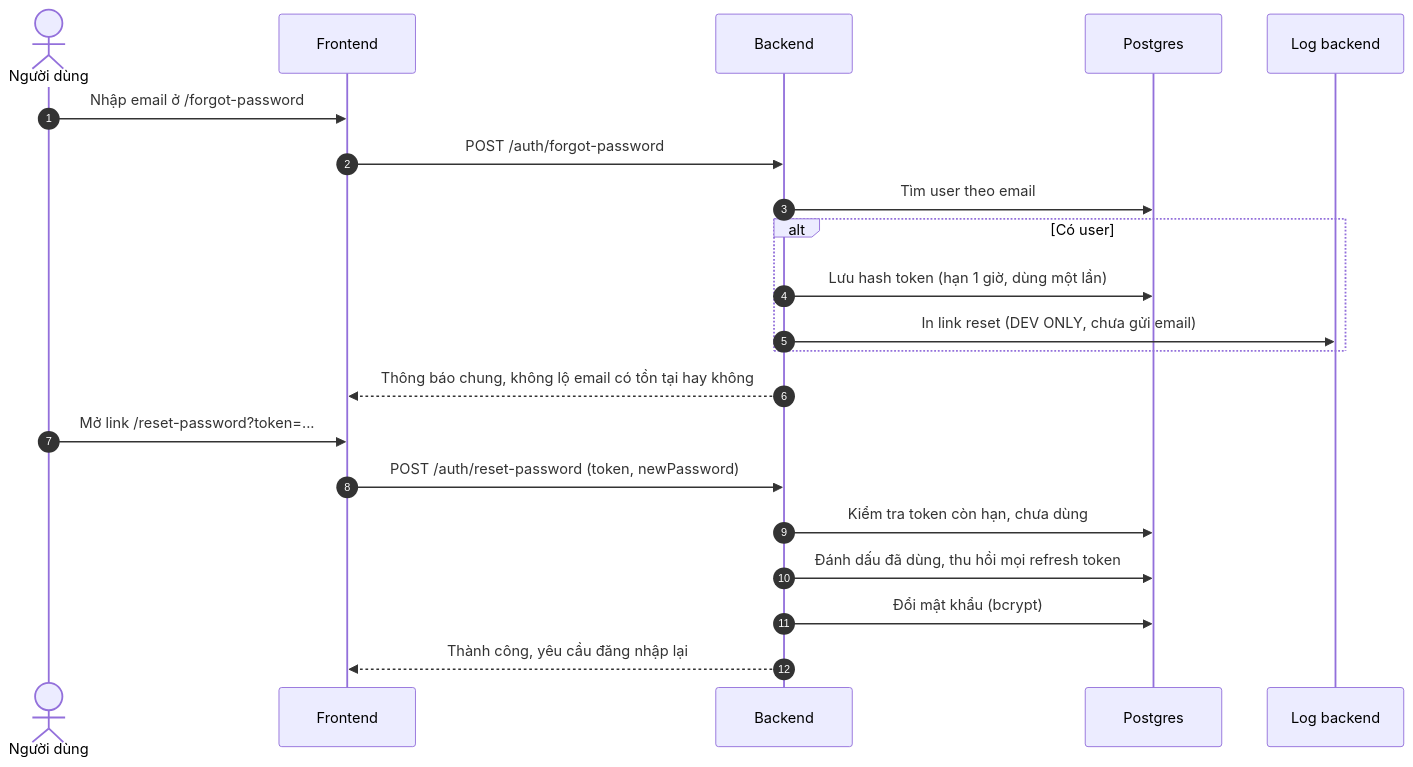
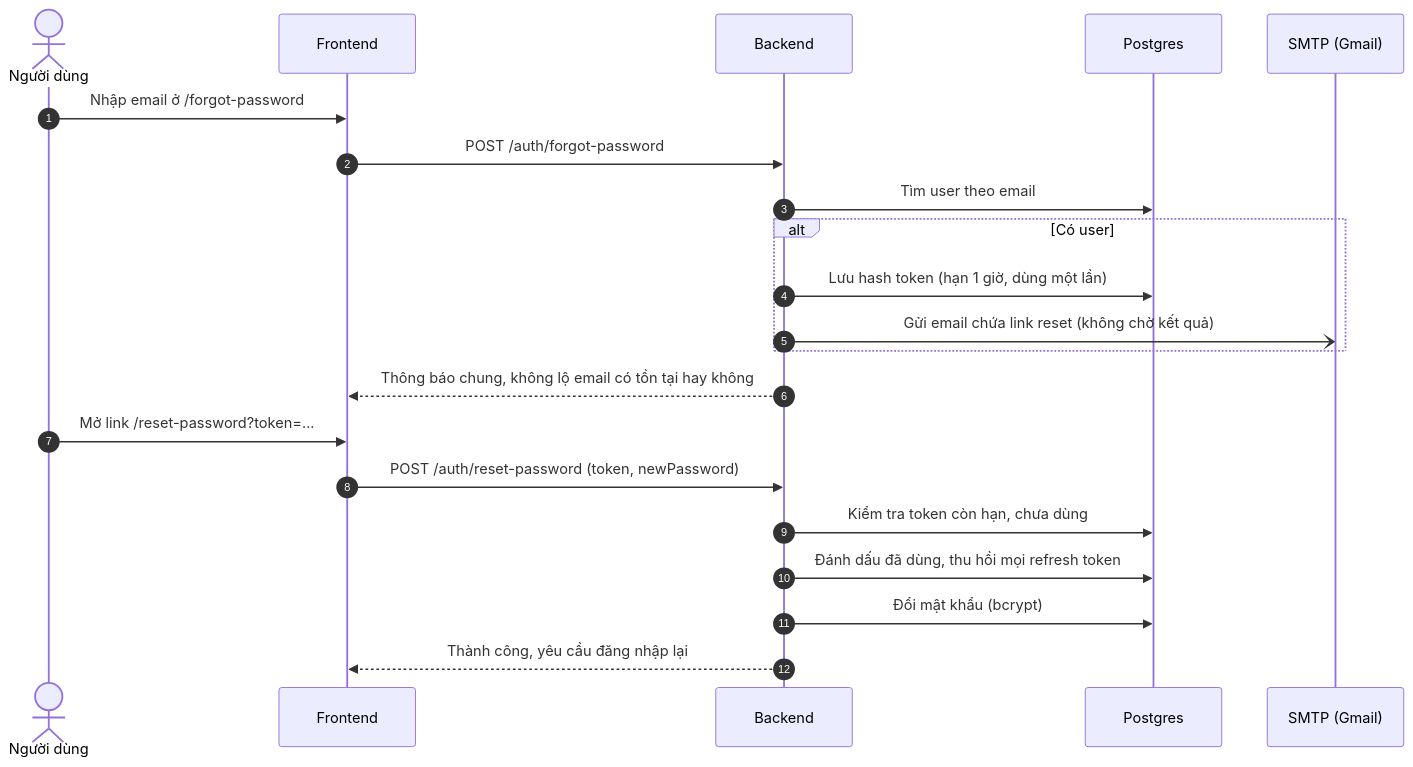
One commit to HaoKiet10/Augmented-Reality changed the diagram in wiki/Auth-Password-Reset.md. Above: the diagram before and after it, drawn with Mermaid. The commit also changed other lines of this file and 14 other files, not shown here.

First line of the commit message:
feat(auth): email password reset links via Gmail SMTP

````diff
--- a/wiki/Auth-Password-Reset.md
+++ b/wiki/Auth-Password-Reset.md
@@ -9,24 +9,24 @@
 ```mermaid
 sequenceDiagram
     autonumber
     actor U as Người dùng
     participant FE as Frontend
     participant BE as Backend
     participant DB as Postgres
-    participant LG as Log backend
+    participant ML as SMTP (Gmail)
 
     U->>FE: Nhập email ở /forgot-password
     FE->>BE: POST /auth/forgot-password
     BE->>DB: Tìm user theo email
     alt Có user
         BE->>DB: Lưu hash token (hạn 1 giờ, dùng một lần)
-        BE->>LG: In link reset (DEV ONLY, chưa gửi email)
+        BE-)ML: Gửi email chứa link reset (không chờ kết quả)
     end
     BE-->>FE: Thông báo chung, không lộ email có tồn tại hay không
     U->>FE: Mở link /reset-password?token=...
     FE->>BE: POST /auth/reset-password (token, newPassword)
     BE->>DB: Kiểm tra token còn hạn, chưa dùng
     BE->>DB: Đánh dấu đã dùng, thu hồi mọi refresh token
     BE->>DB: Đổi mật khẩu (bcrypt)
     BE-->>FE: Thành công, yêu cầu đăng nhập lại
 ```
````
